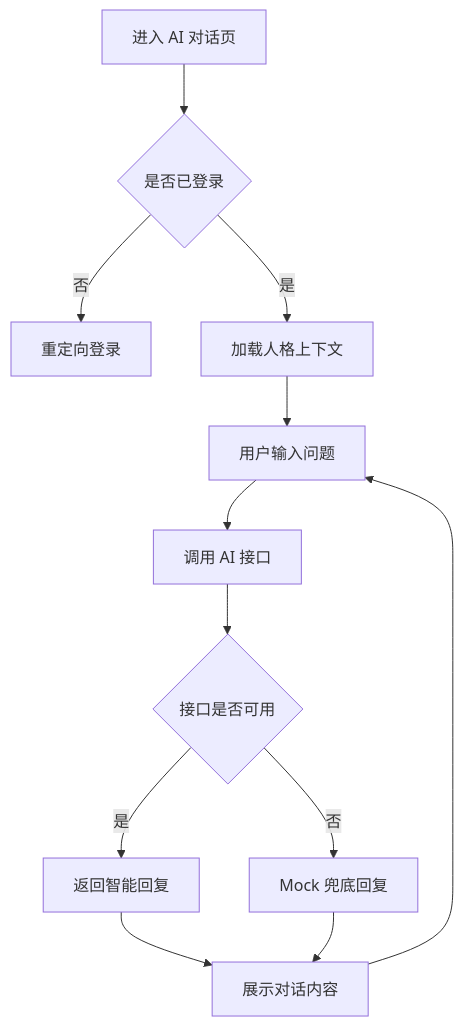
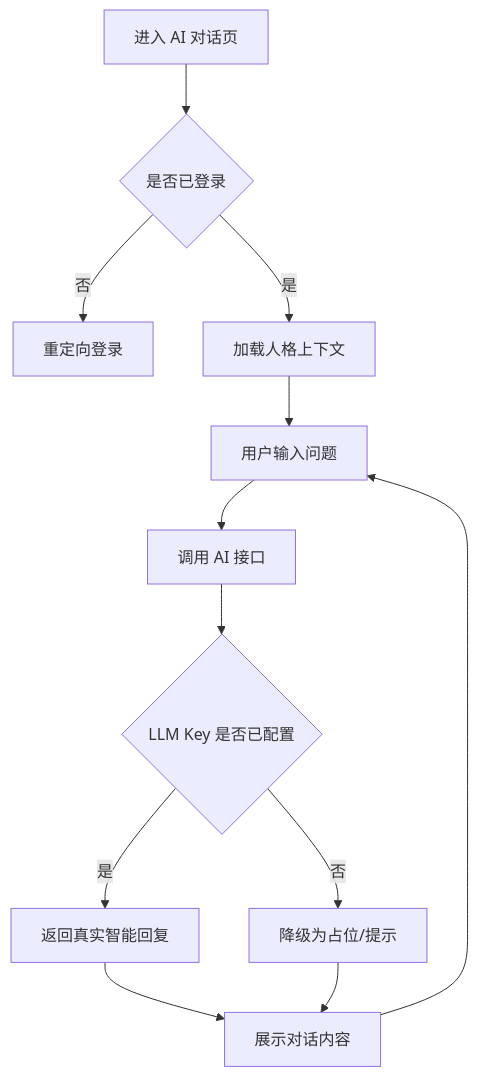
The fourth of 5 diagrams in 产品分析报告-MBTI职业规划网页产品.md (rwvc6syb97-maker/ineerquest), drawn with Mermaid before and after one commit. The commit also changed other lines of this file and 4 other files, not shown here.

````diff
--- a/产品分析报告-MBTI职业规划网页产品.md
+++ b/产品分析报告-MBTI职业规划网页产品.md
@@ -315,14 +315,14 @@
 ```mermaid
 graph TD
     A[进入 AI 对话页] --> B{是否已登录}
     B -->|否| C[重定向登录]
     B -->|是| D[加载人格上下文]
     D --> E[用户输入问题]
     E --> F[调用 AI 接口]
-    F --> G{接口是否可用}
-    G -->|是| H[返回智能回复]
-    G -->|否| I[Mock 兜底回复]
+    F --> G{LLM Key 是否已配置}
+    G -->|是| H[返回真实智能回复]
+    G -->|否| I[降级为占位/提示]
     H --> J[展示对话内容]
     I --> J
     J --> E
 ```
````
